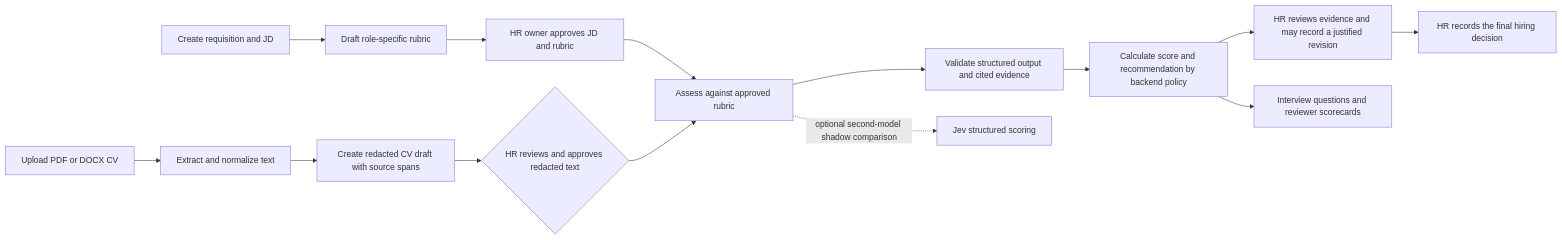
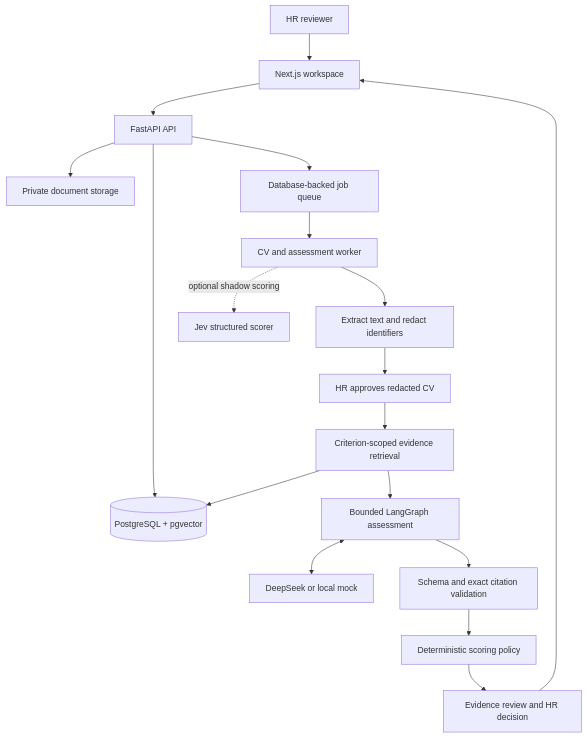
Before and after one commit to DucPh4t/TalentScreen-AI: the diagram in README.md, drawn with Mermaid. The commit also changed other lines of this file and 2 other files, not shown here.

Commit message:
docs: present RAG agent architecture and verification for reviewers

````diff
--- a/README.md
+++ b/README.md
@@ -19,16 +38,20 @@
 ```mermaid
-flowchart LR
-    A[Create requisition and JD] --> B[Draft role-specific rubric]
-    B --> C[HR owner approves JD and rubric]
-    D[Upload PDF or DOCX CV] --> E[Extract and normalize text]
-    E --> F[Create redacted CV draft with source spans]
-    F --> G{HR reviews and approves redacted text}
-    C --> H[Assess against approved rubric]
-    G --> H
-    H --> I[Validate structured output and cited evidence]
-    I --> J[Calculate score and recommendation by backend policy]
-    J --> K[HR reviews evidence and may record a justified revision]
-    K --> L[HR records the final hiring decision]
-    H -. optional second-model shadow comparison .-> M[Jev structured scoring]
-    J --> N[Interview questions and reviewer scorecards]
+flowchart TD
+    HR[HR reviewer] --> WEB[Next.js workspace]
+    WEB --> API[FastAPI API]
+    API --> DB[(PostgreSQL + pgvector)]
+    API --> FILES[Private document storage]
+    API --> QUEUE[Database-backed job queue]
+    QUEUE --> WORKER[CV and assessment worker]
+    WORKER --> PARSE[Extract text and redact identifiers]
+    PARSE --> APPROVAL[HR approves redacted CV]
+    APPROVAL --> RAG[Criterion-scoped evidence retrieval]
+    RAG --> AGENT[Bounded LangGraph assessment]
+    AGENT <--> PRIMARY[DeepSeek or local mock]
+    AGENT --> VALIDATE[Schema and exact citation validation]
+    VALIDATE --> SCORE[Deterministic scoring policy]
+    SCORE --> REVIEW[Evidence review and HR decision]
+    REVIEW --> WEB
+    WORKER -. optional shadow scoring .-> JEV[Jev structured scorer]
+    RAG --> DB
 ```
````
